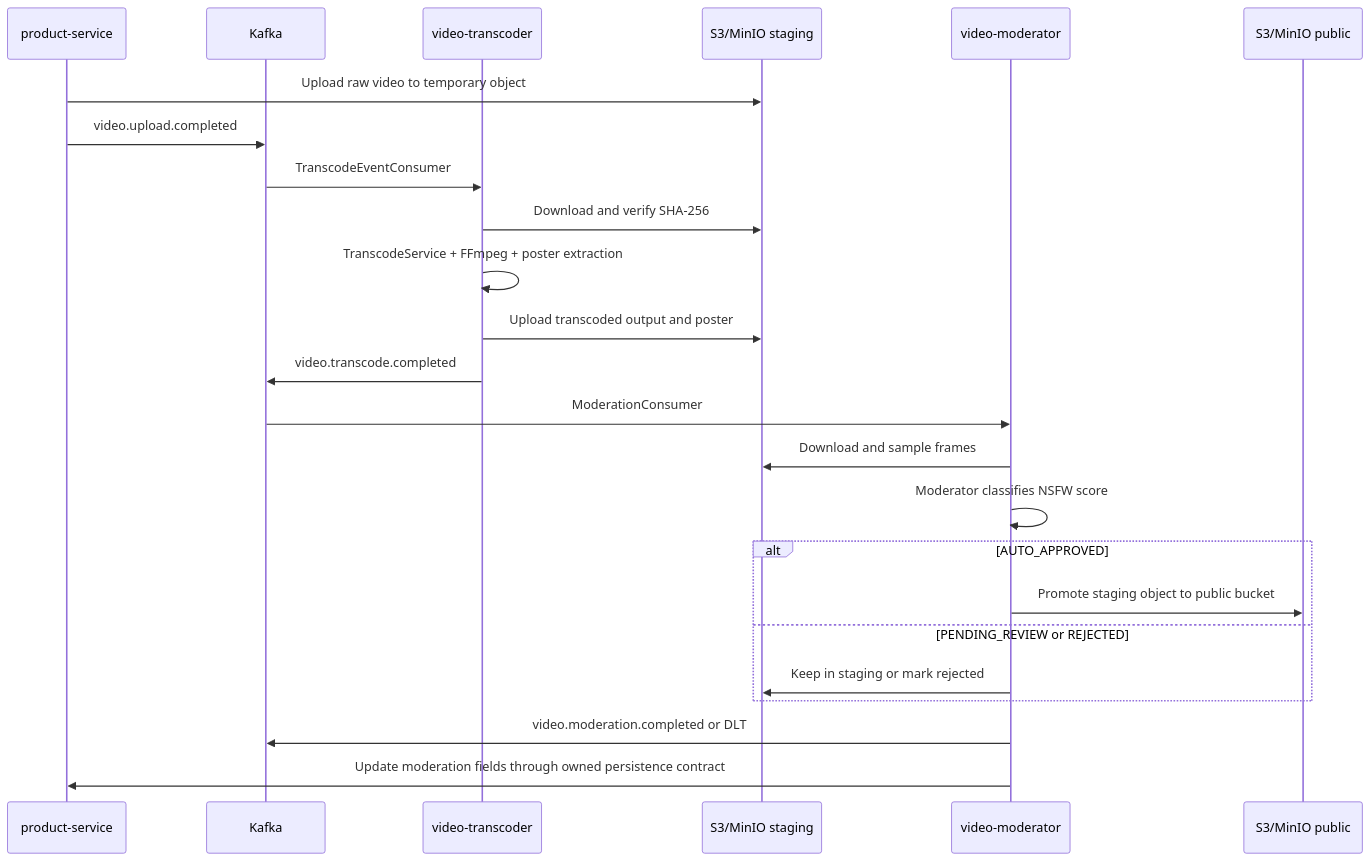
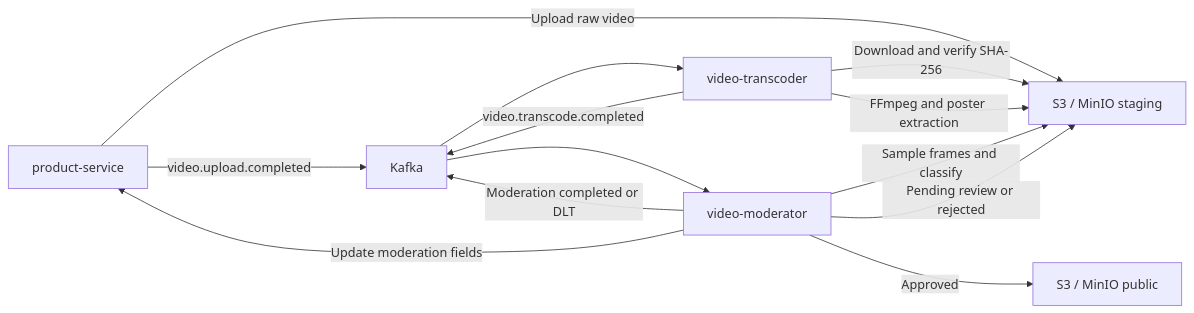
The ninth of 10 diagrams in Architech.md (dang232/Ecomer), drawn with Mermaid before and after one commit. The commit also changed other lines of this file, not shown here.

Commit message:
docs(architecture): use compatible workflow diagrams

````diff
--- a/Architech.md
+++ b/Architech.md
@@ -639,26 +581,15 @@
 ```mermaid
-sequenceDiagram
-  participant P as product-service
-  participant K as Kafka
-  participant T as video-transcoder
-  participant S as S3/MinIO staging
-  participant M as video-moderator
-  participant Pub as S3/MinIO public
-  P->>S: Upload raw video to temporary object
-  P->>K: video.upload.completed
-  K->>T: TranscodeEventConsumer
-  T->>S: Download and verify SHA-256
-  T->>T: TranscodeService + FFmpeg + poster extraction
-  T->>S: Upload transcoded output and poster
-  T->>K: video.transcode.completed
-  K->>M: ModerationConsumer
-  M->>S: Download and sample frames
-  M->>M: Moderator classifies NSFW score
-  alt AUTO_APPROVED
-    M->>Pub: Promote staging object to public bucket
-  else PENDING_REVIEW or REJECTED
-    M->>S: Keep in staging or mark rejected
-  end
-  M->>K: video.moderation.completed or DLT
-  M->>P: Update moderation fields through owned persistence contract
+flowchart LR
+  P["product-service"] -->|Upload raw video| S["S3 / MinIO staging"]
+  P -->|video.upload.completed| K["Kafka"]
+  K --> T["video-transcoder"]
+  T -->|Download and verify SHA-256| S
+  T -->|FFmpeg and poster extraction| S
+  T -->|video.transcode.completed| K
+  K --> M["video-moderator"]
+  M -->|Sample frames and classify| S
+  M -->|Approved| Pub["S3 / MinIO public"]
+  M -->|Pending review or rejected| S
+  M -->|Moderation completed or DLT| K
+  M -->|Update moderation fields| P
 ```
````
